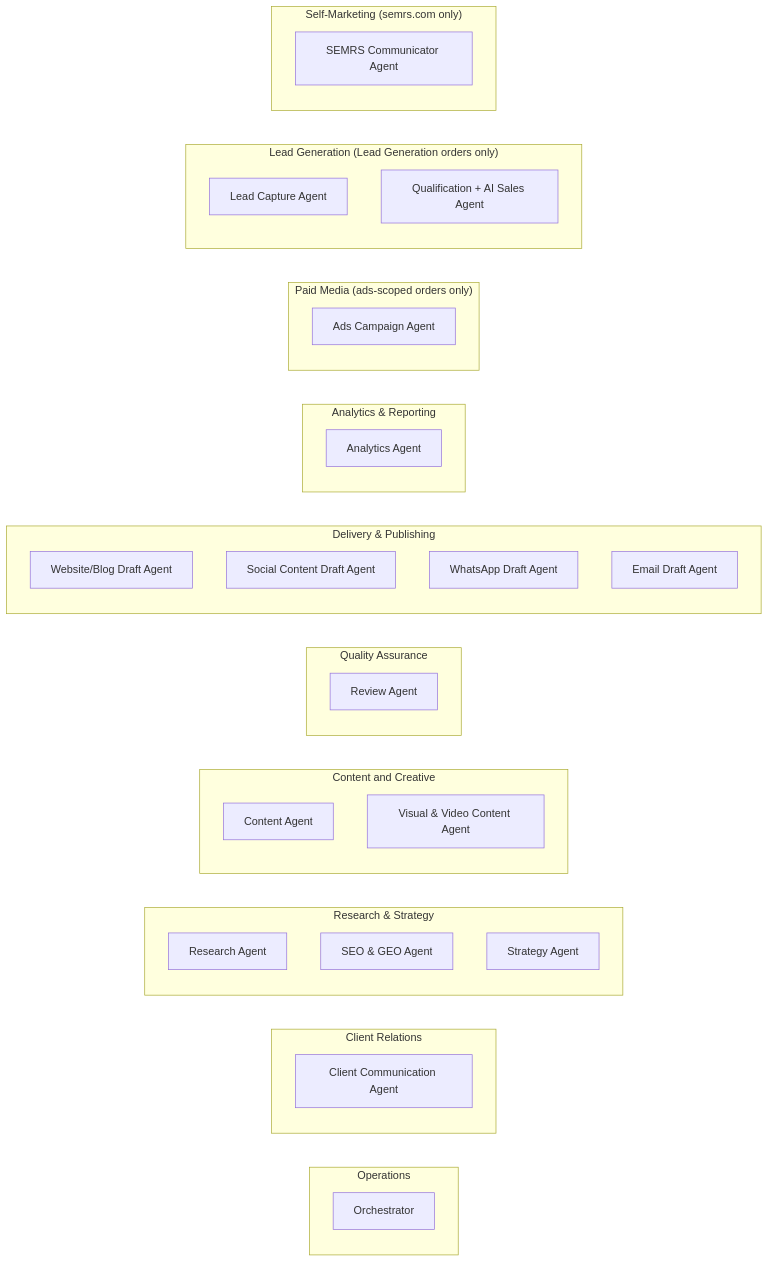
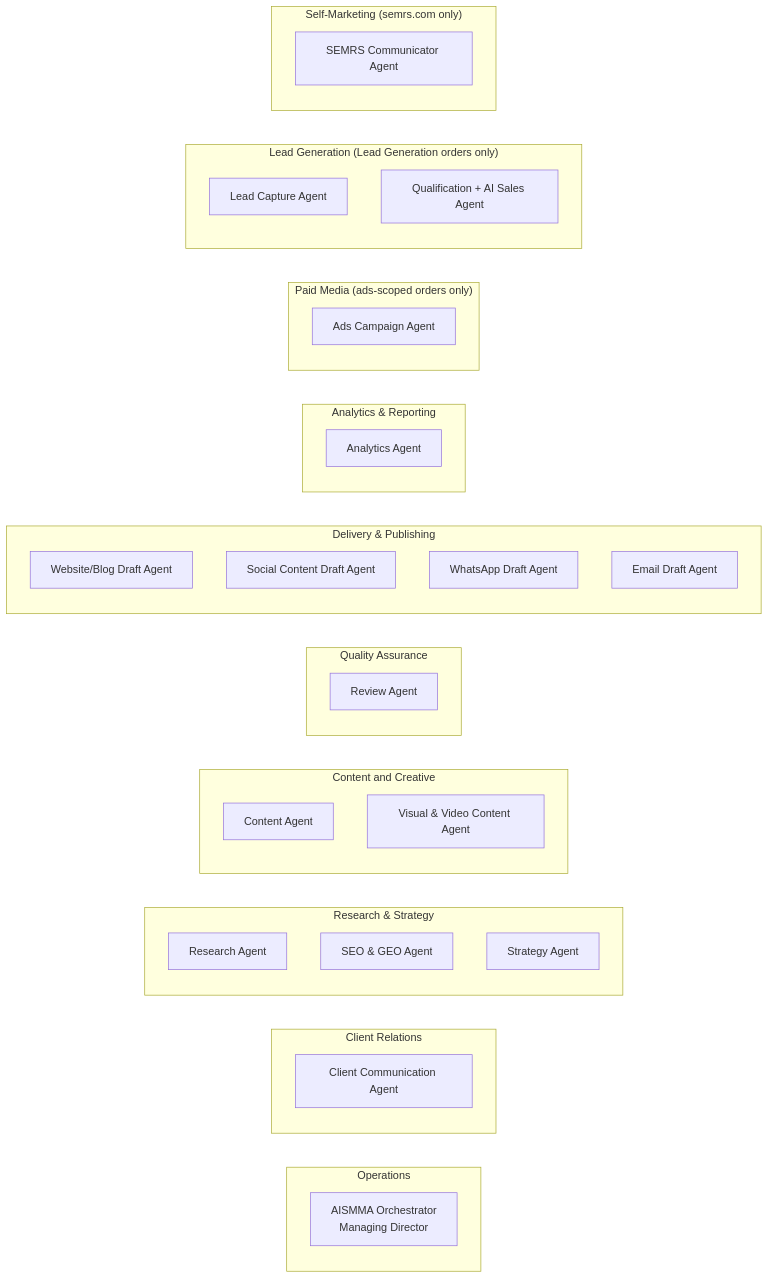
Before and after one commit to guestblogob-boop/SEMRS-MAM-System: the second of 3 diagrams in CLAUDE.md, drawn with Mermaid. The commit also changed other lines of this file and 4 other files, not shown here.

First line of the commit message:
Formalize system identity: SEMRS AISMMA, AISMMA Orchestrator (MD)

````diff
--- a/CLAUDE.md
+++ b/CLAUDE.md
@@ -766,44 +783,44 @@
 ```mermaid
 flowchart LR
     subgraph OPS["Operations"]
-        ORCH2["Orchestrator"]
+        ORCH2["AISMMA Orchestrator<br/>Managing Director"]
     end
     subgraph CR["Client Relations"]
         CC2["Client Communication Agent"]
     end
     subgraph RS["Research & Strategy"]
         direction TB
         RES2["Research Agent"]
         SEOG2["SEO & GEO Agent"]
         STRAT2["Strategy Agent"]
     end
     subgraph CRE["Content and Creative"]
         direction TB
         CONT2["Content Agent"]
         VIS2["Visual & Video Content Agent"]
     end
     subgraph QA["Quality Assurance"]
         REV2["Review Agent"]
     end
     subgraph DP["Delivery & Publishing"]
         direction TB
         WEB2["Website/Blog Draft Agent"]
         SOC2["Social Content Draft Agent"]
         WA2["WhatsApp Draft Agent"]
         EM2["Email Draft Agent"]
     end
     subgraph AR["Analytics & Reporting"]
         AN2["Analytics Agent"]
     end
     subgraph PM["Paid Media (ads-scoped orders only)"]
         ADS2["Ads Campaign Agent"]
     end
     subgraph LG["Lead Generation (Lead Generation orders only)"]
         direction TB
         LC2["Lead Capture Agent"]
         QS2["Qualification + AI Sales Agent"]
     end
     subgraph SM["Self-Marketing (semrs.com only)"]
         SC2["SEMRS Communicator Agent"]
     end
 ```
````
